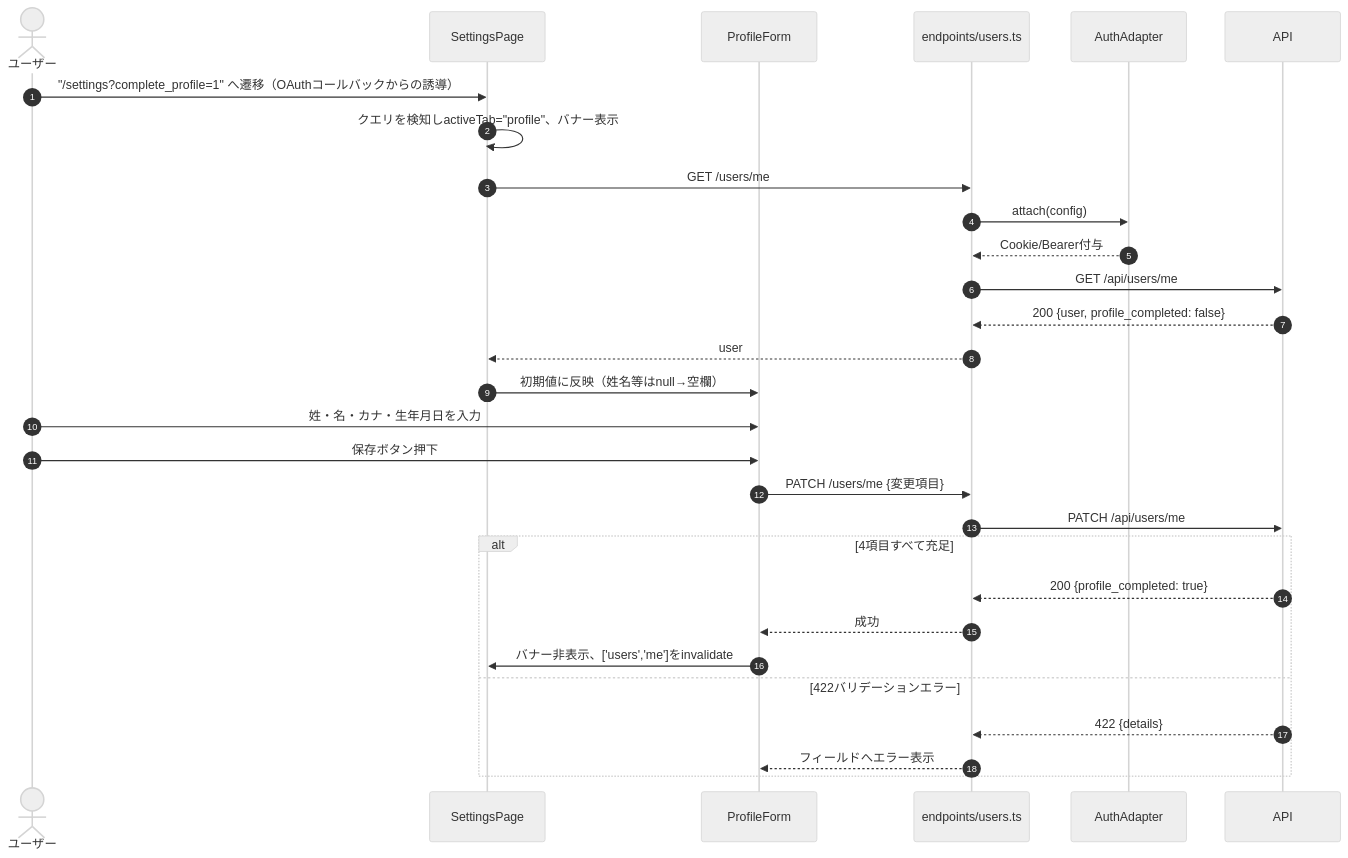
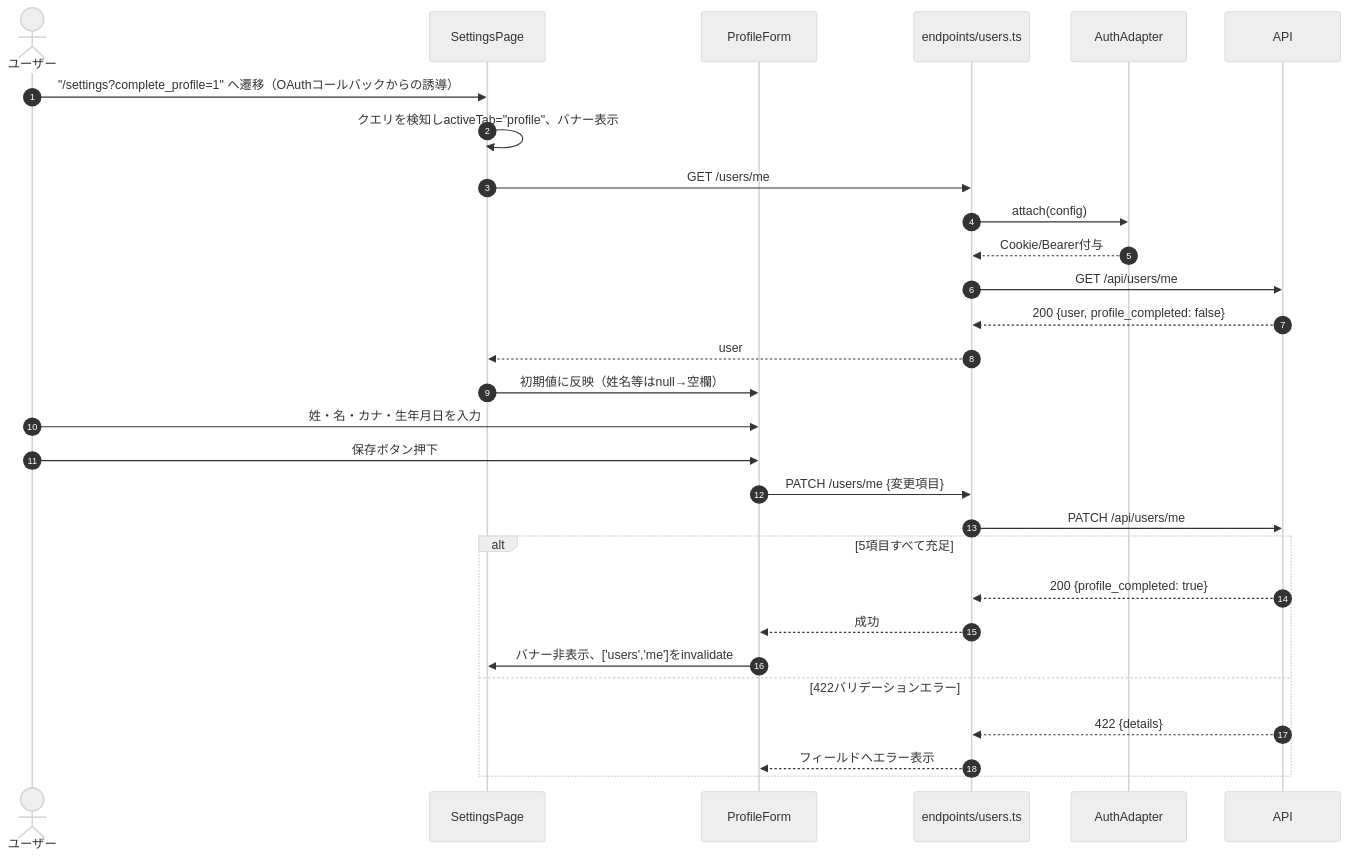
The second of 5 diagrams in detailed_design/screen/09_settings.md (oikawa-d/task_management), drawn with Mermaid (neutral theme) before and after one commit. The commit also changed 28 other files, not shown here.

````diff
--- a/detailed_design/screen/09_settings.md
+++ b/detailed_design/screen/09_settings.md
@@ -124,32 +124,32 @@
 ```mermaid
 sequenceDiagram
     autonumber
     actor U as ユーザー
     participant SP as SettingsPage
     participant PF as ProfileForm
     participant EP as endpoints/users.ts
     participant AA as AuthAdapter
     participant API as API
 
     U->>SP: "/settings?complete_profile=1" へ遷移（OAuthコールバックからの誘導）
     SP->>SP: クエリを検知しactiveTab="profile"、バナー表示
     SP->>EP: GET /users/me
     EP->>AA: attach(config)
     AA-->>EP: Cookie/Bearer付与
     EP->>API: GET /api/users/me
     API-->>EP: 200 {user, profile_completed: false}
     EP-->>SP: user
     SP->>PF: 初期値に反映（姓名等はnull→空欄）
     U->>PF: 姓・名・カナ・生年月日を入力
     U->>PF: 保存ボタン押下
     PF->>EP: PATCH /users/me {変更項目}
     EP->>API: PATCH /api/users/me
-    alt 4項目すべて充足
+    alt 5項目すべて充足
         API-->>EP: 200 {profile_completed: true}
         EP-->>PF: 成功
         PF->>SP: バナー非表示、['users','me']をinvalidate
     else 422バリデーションエラー
         API-->>EP: 422 {details}
         EP-->>PF: フィールドへエラー表示
     end
 ```
````
